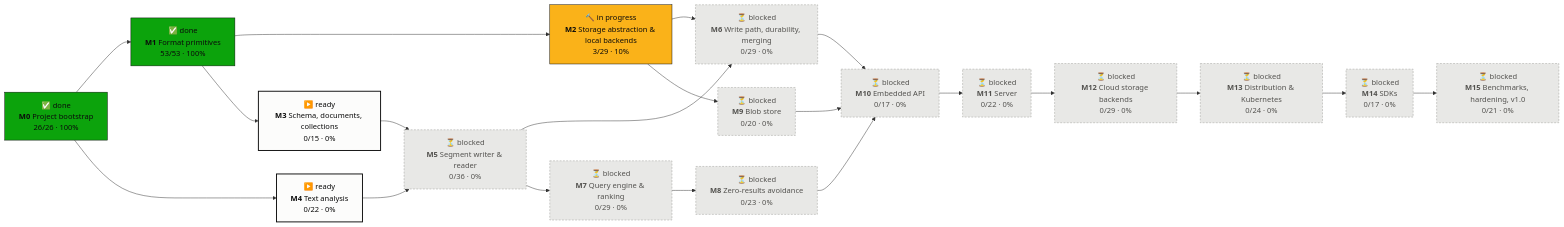
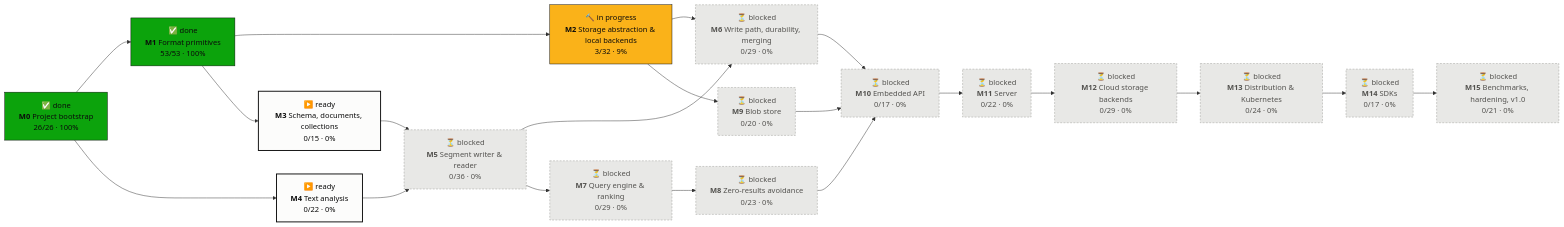
One commit to tomiok/persiaDB changed the first of 2 diagrams in PROGRESS.md. Above: the diagram before and after it, drawn with Mermaid. The commit also changed other lines of this file and 7 other files, not shown here.

````diff
--- a/PROGRESS.md
+++ b/PROGRESS.md
@@ -14,42 +14,42 @@
 ```mermaid
 flowchart LR
   M0["✅ done<br/><b>M0</b> Project bootstrap<br/>26/26 · 100%"]:::done
   M1["✅ done<br/><b>M1</b> Format primitives<br/>53/53 · 100%"]:::done
-  M2["🔨 in progress<br/><b>M2</b> Storage abstraction & local backends<br/>3/29 · 10%"]:::doing
+  M2["🔨 in progress<br/><b>M2</b> Storage abstraction & local backends<br/>3/32 · 9%"]:::doing
   M3["▶️ ready<br/><b>M3</b> Schema, documents, collections<br/>0/15 · 0%"]:::ready
   M4["▶️ ready<br/><b>M4</b> Text analysis<br/>0/22 · 0%"]:::ready
   M5["⏳ blocked<br/><b>M5</b> Segment writer & reader<br/>0/36 · 0%"]:::blocked
   M6["⏳ blocked<br/><b>M6</b> Write path, durability, merging<br/>0/29 · 0%"]:::blocked
   M7["⏳ blocked<br/><b>M7</b> Query engine & ranking<br/>0/29 · 0%"]:::blocked
   M8["⏳ blocked<br/><b>M8</b> Zero-results avoidance<br/>0/23 · 0%"]:::blocked
   M9["⏳ blocked<br/><b>M9</b> Blob store<br/>0/20 · 0%"]:::blocked
   M10["⏳ blocked<br/><b>M10</b> Embedded API<br/>0/17 · 0%"]:::blocked
   M11["⏳ blocked<br/><b>M11</b> Server<br/>0/22 · 0%"]:::blocked
   M12["⏳ blocked<br/><b>M12</b> Cloud storage backends<br/>0/29 · 0%"]:::blocked
   M13["⏳ blocked<br/><b>M13</b> Distribution & Kubernetes<br/>0/24 · 0%"]:::blocked
   M14["⏳ blocked<br/><b>M14</b> SDKs<br/>0/17 · 0%"]:::blocked
   M15["⏳ blocked<br/><b>M15</b> Benchmarks, hardening, v1.0<br/>0/21 · 0%"]:::blocked
   M0 --> M1
   M1 --> M2
   M1 --> M3
   M0 --> M4
   M3 --> M5
   M4 --> M5
   M2 --> M6
   M5 --> M6
   M5 --> M7
   M7 --> M8
   M2 --> M9
   M6 --> M10
   M8 --> M10
   M9 --> M10
   M10 --> M11
   M11 --> M12
   M12 --> M13
   M13 --> M14
   M14 --> M15
   classDef done fill:#0ca30c,stroke:#0b0b0b,color:#0b0b0b
   classDef doing fill:#fab219,stroke:#0b0b0b,color:#0b0b0b
   classDef ready fill:#fcfcfb,stroke:#0b0b0b,stroke-width:2px,color:#0b0b0b
   classDef blocked fill:#e8e8e6,stroke:#9a9a96,stroke-dasharray:4 3,color:#52514e
 ```
````
